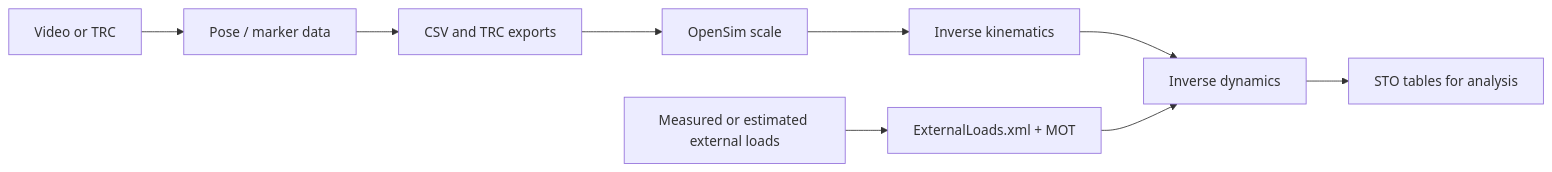
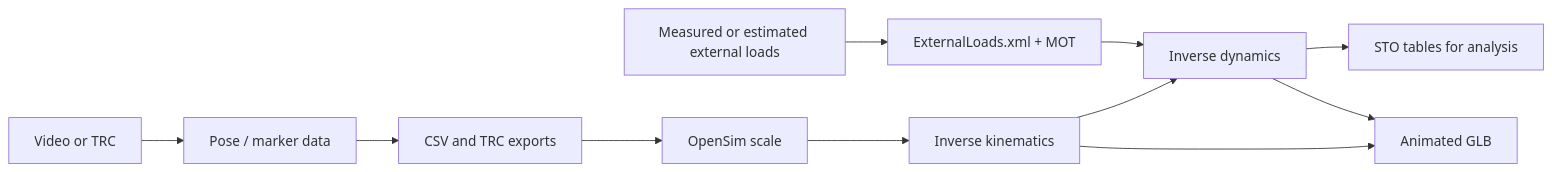
Before and after one commit to chags1313/monomech: the diagram in docs/index.md, drawn with Mermaid. The commit also changed other lines of this file and 11 other files, not shown here.

````diff
--- a/docs/index.md
+++ b/docs/index.md
@@ -50,11 +57,13 @@
 ```mermaid
 flowchart LR
   A["Video or TRC"] --> B["Pose / marker data"]
   B --> C["CSV and TRC exports"]
   C --> D["OpenSim scale"]
   D --> E["Inverse kinematics"]
   F["Measured or estimated external loads"] --> G["ExternalLoads.xml + MOT"]
   E --> H["Inverse dynamics"]
   G --> H
   H --> I["STO tables for analysis"]
+  E --> J["Animated GLB"]
+  H --> J
 ```
````
